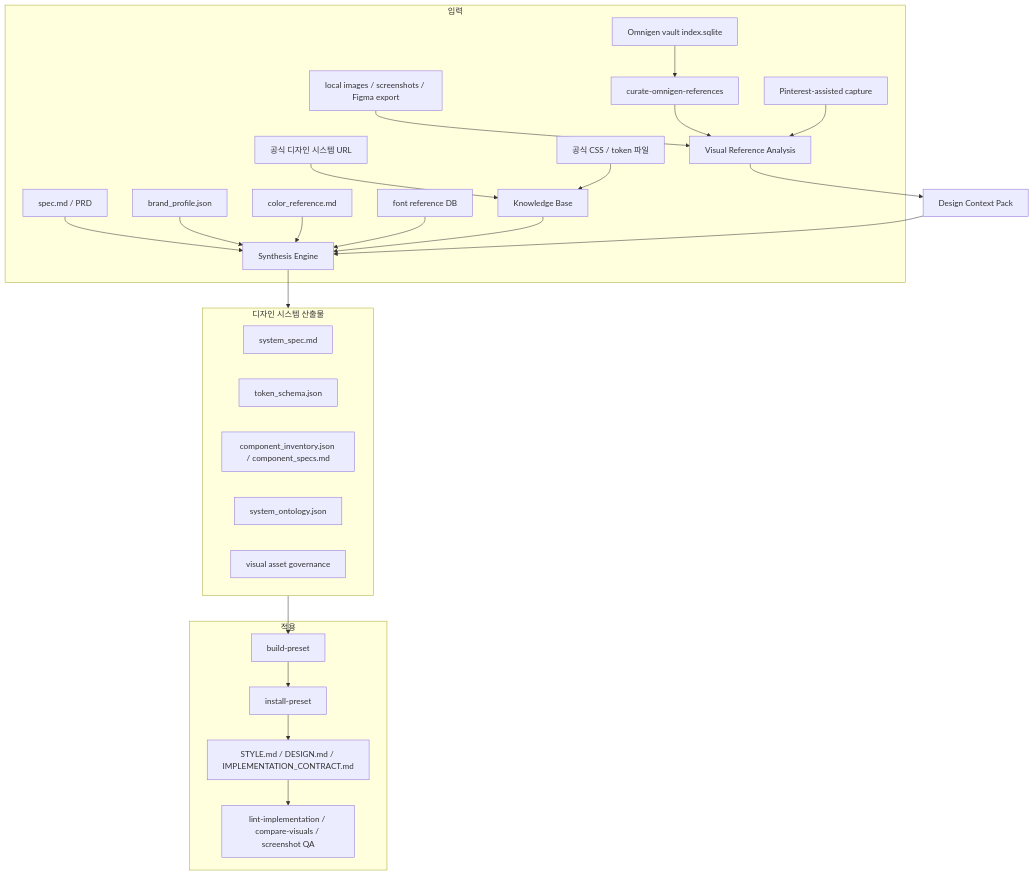
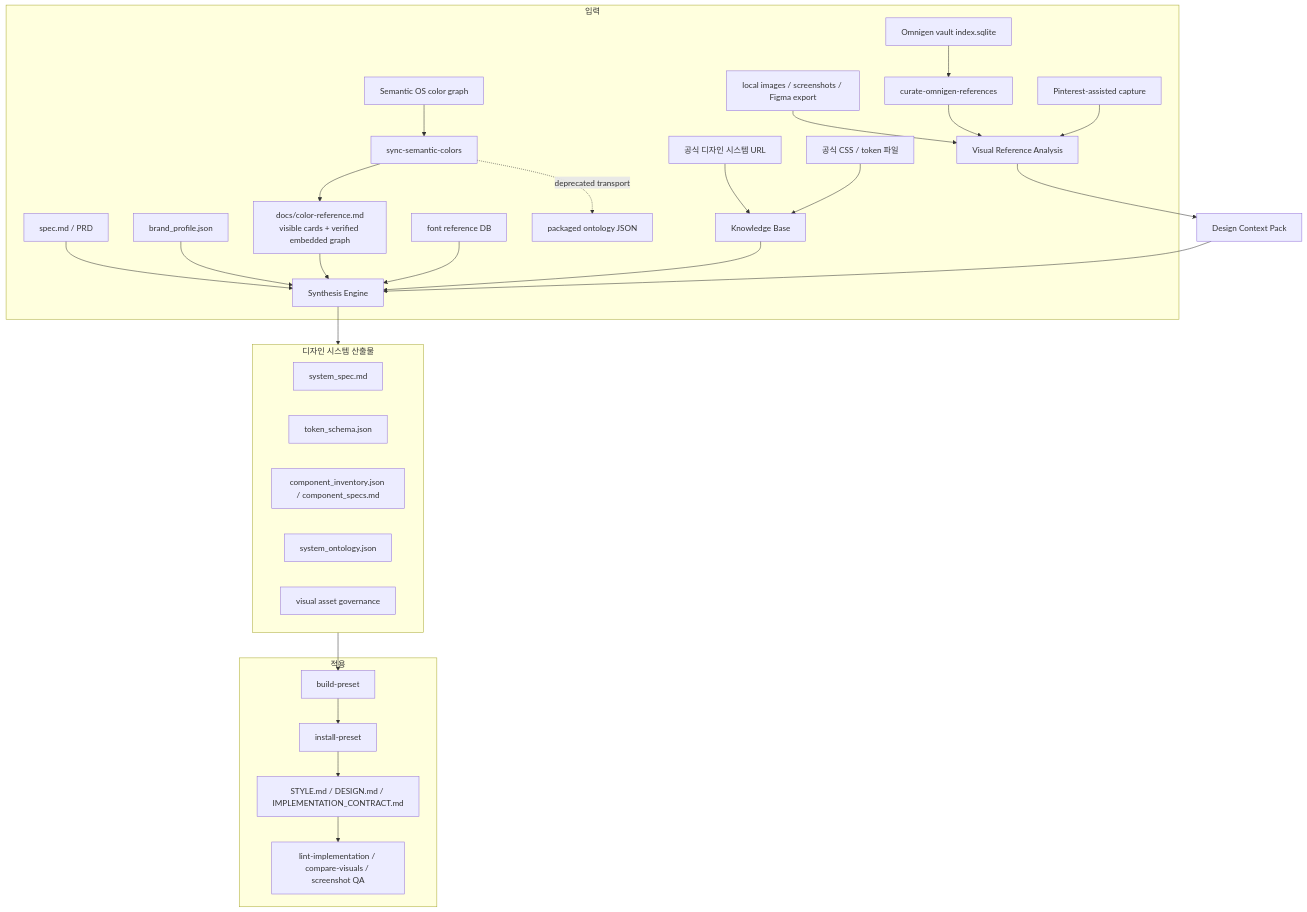
The diagram in README.md (2000silpeed/design-ontology-harness), drawn with Mermaid before and after one commit. The commit also changed other lines of this file and 486 other files, not shown here.

````diff
--- a/README.md
+++ b/README.md
@@ -138,38 +276,41 @@
 ```mermaid
 flowchart TB
     subgraph INPUT["입력"]
         SEEDS["공식 디자인 시스템 URL"] --> KB["Knowledge Base"]
         CSS["공식 CSS / token 파일"] --> KB
         SPEC["spec.md / PRD"] --> SYNTH["Synthesis Engine"]
         BRAND["brand_profile.json"] --> SYNTH
-        COLOR["color_reference.md"] --> SYNTH
+        SEMANTIC["Semantic OS color graph"] --> COLORSYNC["sync-semantic-colors"]
+        COLORSYNC --> COLOR["docs/color-reference.md<br/>visible cards + verified embedded graph"]
+        COLORSYNC -. deprecated transport .-> COLORGRAPH["packaged ontology JSON"]
+        COLOR --> SYNTH
         FONT["font reference DB"] --> SYNTH
         IMAGES["local images / screenshots / Figma export"] --> VISUAL["Visual Reference Analysis"]
         OMNI["Omnigen vault index.sqlite"] --> SELECT["curate-omnigen-references"]
         SELECT --> VISUAL
         PIN["Pinterest-assisted capture"] --> VISUAL
     end
 
     KB --> SYNTH
     VISUAL --> CONTEXT["Design Context Pack"]
     CONTEXT --> SYNTH
 
     subgraph OUTPUT["디자인 시스템 산출물"]
         SPECOUT["system_spec.md"]
         TOKENS["token_schema.json"]
         COMPS["component_inventory.json / component_specs.md"]
         GRAPH["system_ontology.json"]
         ASSETS["visual asset governance"]
     end
 
     SYNTH --> OUTPUT
 
     subgraph APPLY["적용"]
         PRESET["build-preset"]
         INSTALL["install-preset"]
         AGENT["STYLE.md / DESIGN.md / IMPLEMENTATION_CONTRACT.md"]
         QA["lint-implementation / compare-visuals / screenshot QA"]
     end
 
     OUTPUT --> PRESET --> INSTALL --> AGENT --> QA
 ```
````
